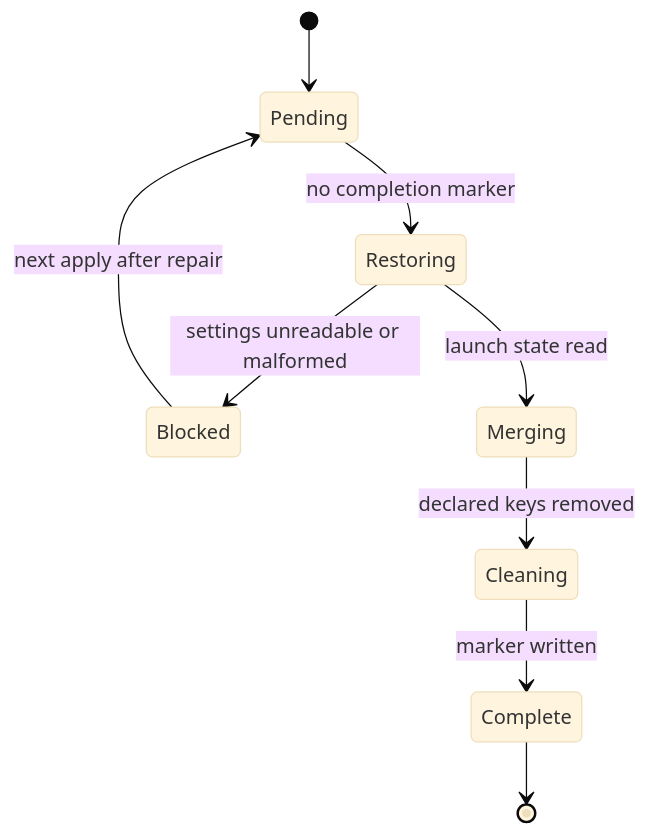
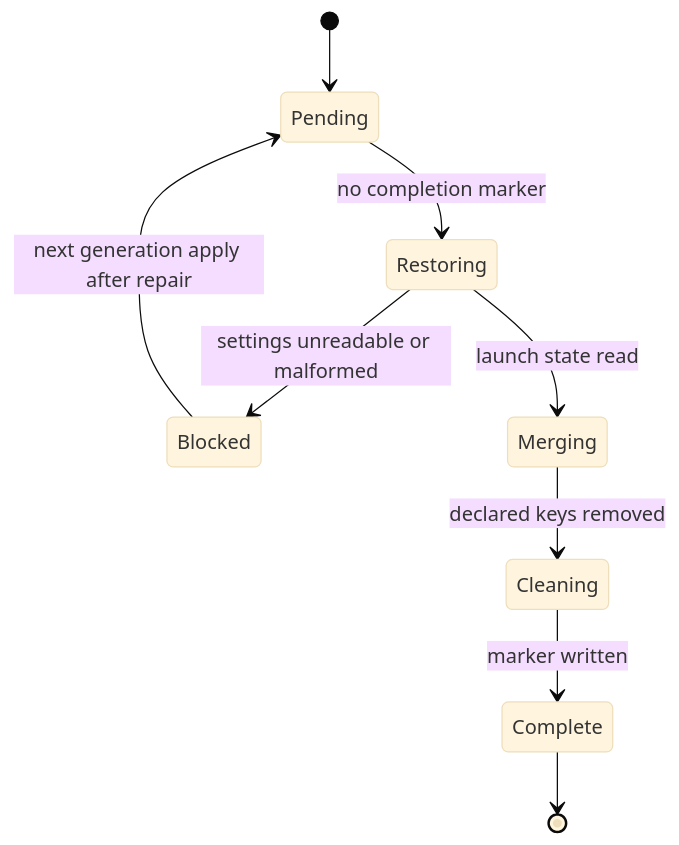
The third of 3 diagrams in .compound-engineering/artifacts/plans/2026-11-27-1306-refactor-retire-t3-code-plan.md (hyperlapse122/dotfiles), drawn with Mermaid (base theme) before and after one commit. The commit also changed other lines of this file and 6 other files, not shown here.

````diff
--- a/.compound-engineering/artifacts/plans/2026-11-27-1306-refactor-retire-t3-code-plan.md
+++ b/.compound-engineering/artifacts/plans/2026-11-27-1306-refactor-retire-t3-code-plan.md
@@ -202,11 +202,11 @@
 ```mermaid
 stateDiagram-v2
   [*] --> Pending
   Pending --> Restoring: no completion marker
   Restoring --> Blocked: settings unreadable or malformed
   Restoring --> Merging: launch state read
   Merging --> Cleaning: declared keys removed
   Cleaning --> Complete: marker written
-  Blocked --> Pending: next apply after repair
+  Blocked --> Pending: next generation apply after repair
   Complete --> [*]
 ```
````
